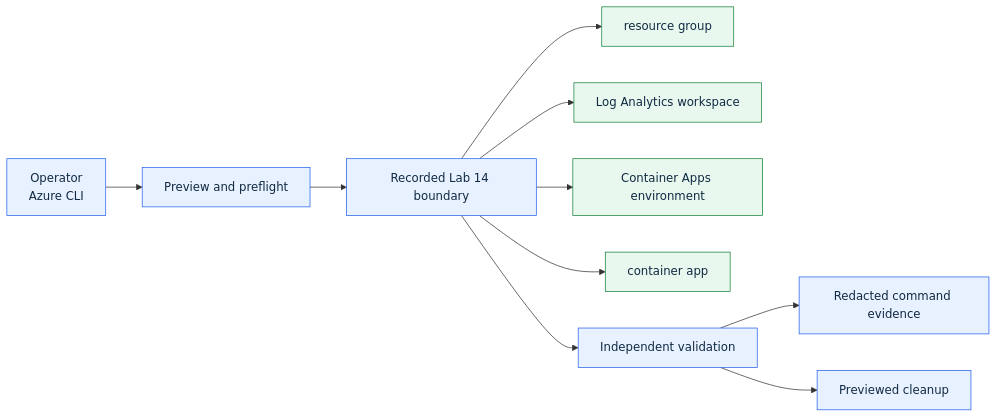
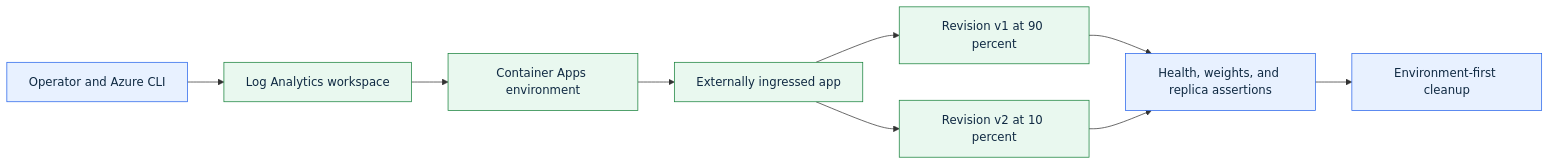
Before and after one commit to amineMehdi/az104-azure-administrator-labs: the diagram in labs/14-container-apps/diagrams/architecture.mmd, drawn with Mermaid. The commit also changed 497 other files, not shown here.

```diff
--- a/labs/14-container-apps/diagrams/architecture.mmd
+++ b/labs/14-container-apps/diagrams/architecture.mmd
@@ -1,14 +1,13 @@
 flowchart LR
-    A["Operator<br/>Azure CLI"] --> P["Preview and preflight"]
-    P --> S["Recorded Lab 14 boundary"]
-    S --> R1["resource group"]
-    S --> R2["Log Analytics workspace"]
-    S --> R3["Container Apps environment"]
-    S --> R4["container app"]
-    S --> V["Independent validation"]
-    V --> E["Redacted command evidence"]
-    V --> C["Previewed cleanup"]
+    A["Operator and Azure CLI"] --> W["Log Analytics workspace"]
+    W --> E["Container Apps environment"]
+    E --> APP["Externally ingressed app"]
+    APP --> R1["Revision v1 at 90 percent"]
+    APP --> R2["Revision v2 at 10 percent"]
+    R1 --> V["Health, weights, and replica assertions"]
+    R2 --> V
+    V --> C["Environment-first cleanup"]
     classDef control fill:#e8f1ff,stroke:#2563eb,color:#102a43;
     classDef resource fill:#e9f8ef,stroke:#16803a,color:#102a43;
-    class A,P,S,V,E,C control;
-    class R1,R2,R3,R4 resource;
+    class A,V,C control;
+    class W,E,APP,R1,R2 resource;
```
